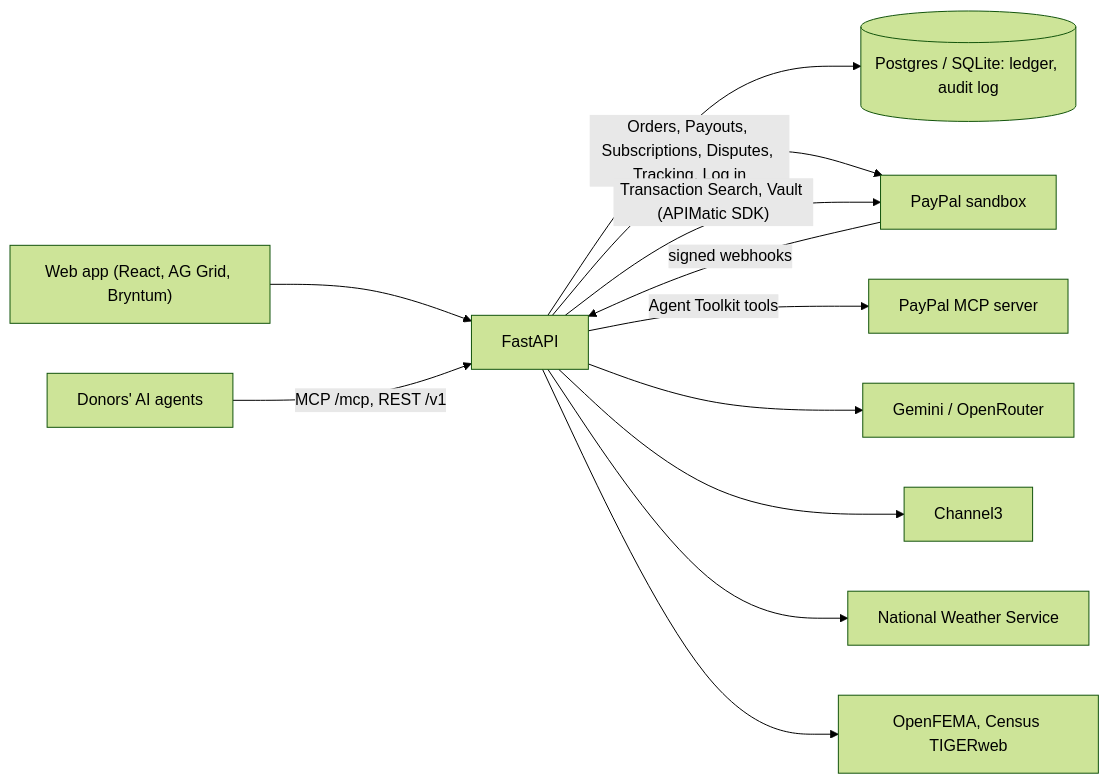
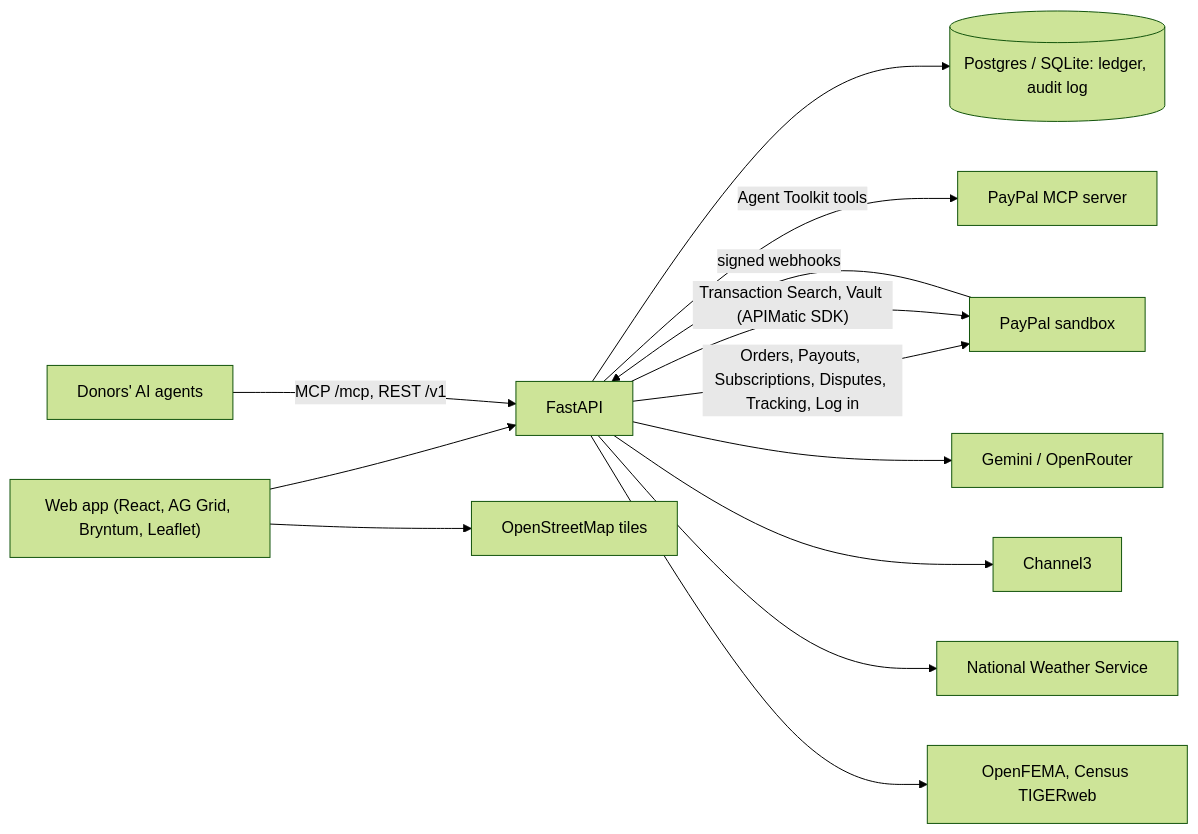
The diagram in README.md (AnshulPatil2005/hearthline), drawn with Mermaid (forest theme) before and after one commit. The commit also changed other lines of this file and 17 other files, not shown here.

First line of the commit message:
Live map: every household on OpenStreetMap, following the grid's filters

````diff
--- a/README.md
+++ b/README.md
@@ -234,14 +236,15 @@
 ```mermaid
 flowchart LR
-  web["Web app (React, AG Grid, Bryntum)"] --> api["FastAPI"]
+  web["Web app (React, AG Grid, Bryntum, Leaflet)"] --> api["FastAPI"]
+  web --> osm["OpenStreetMap tiles"]
   agent["Donors' AI agents"] -- "MCP /mcp, REST /v1" --> api
   api --> db[("Postgres / SQLite: ledger, audit log")]
   api -- "Orders, Payouts, Subscriptions, Disputes, Tracking, Log in" --> paypal["PayPal sandbox"]
   paypal -- "signed webhooks" --> api
   api -- "Agent Toolkit tools" --> mcp["PayPal MCP server"]
   api -- "Transaction Search, Vault (APIMatic SDK)" --> paypal
   api --> ai["Gemini / OpenRouter"]
   api --> c3["Channel3"]
   api --> nws["National Weather Service"]
   api --> fema["OpenFEMA, Census TIGERweb"]
 ```
````
